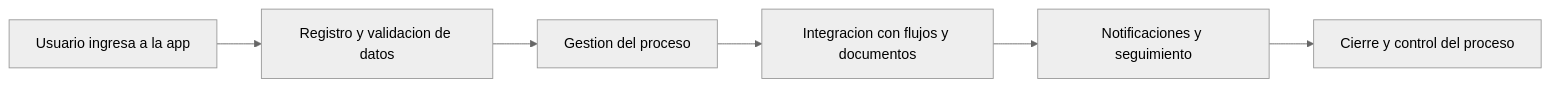
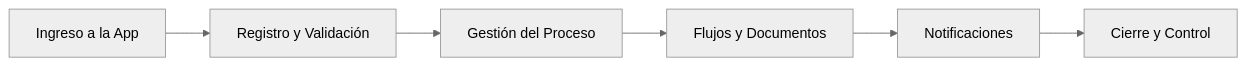
One commit to claudux/power-platform-business-apps changed the diagram in README.md. Above: the diagram before and after it, drawn with Mermaid (neutral theme). The commit also changed other lines of this file, not shown here.

````diff
--- a/README.md
+++ b/README.md
@@ -40,8 +28,8 @@
 ```mermaid
 flowchart LR
-    A[Usuario ingresa a la app] --> B[Registro y validacion de datos]
-    B --> C[Gestion del proceso]
-    C --> D[Integracion con flujos y documentos]
-    D --> E[Notificaciones y seguimiento]
-    E --> F[Cierre y control del proceso]
+    A["Ingreso a la App"] --> B["Registro y Validación"]
+    B --> C["Gestión del Proceso"]
+    C --> D["Flujos y Documentos"]
+    D --> E["Notificaciones"]
+    E --> F["Cierre y Control"]
 ```
````
